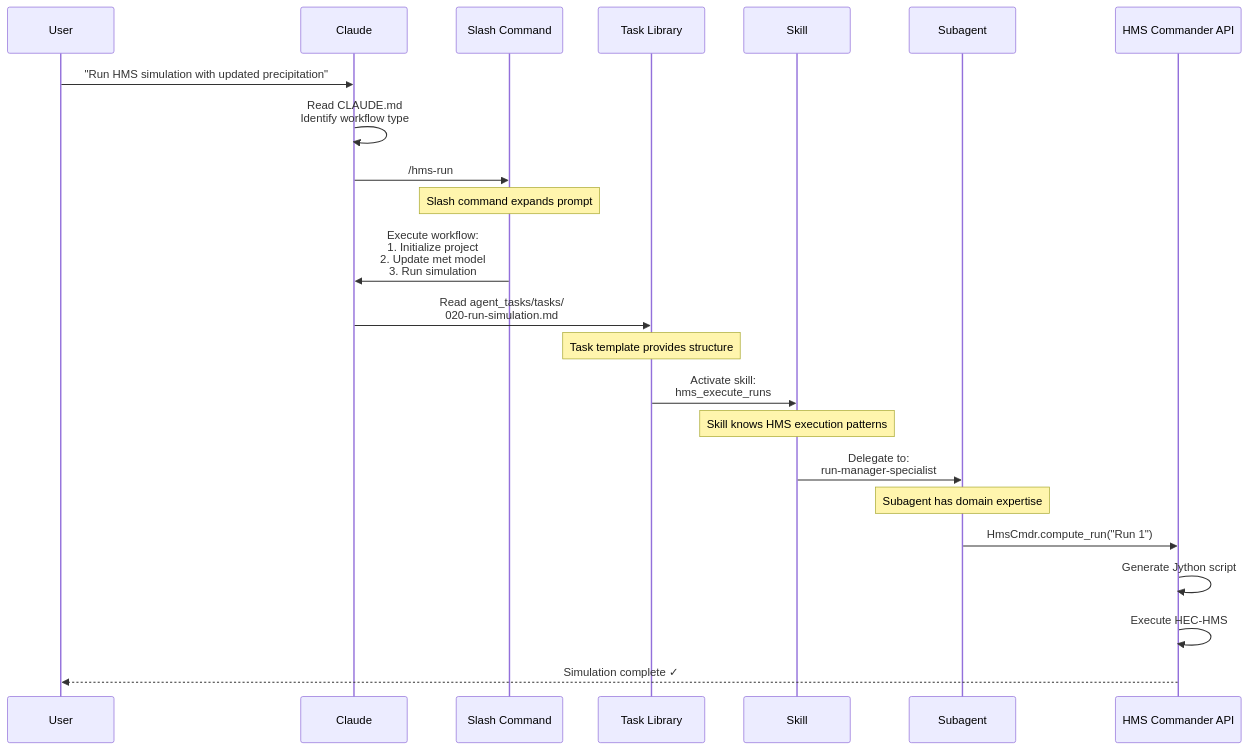
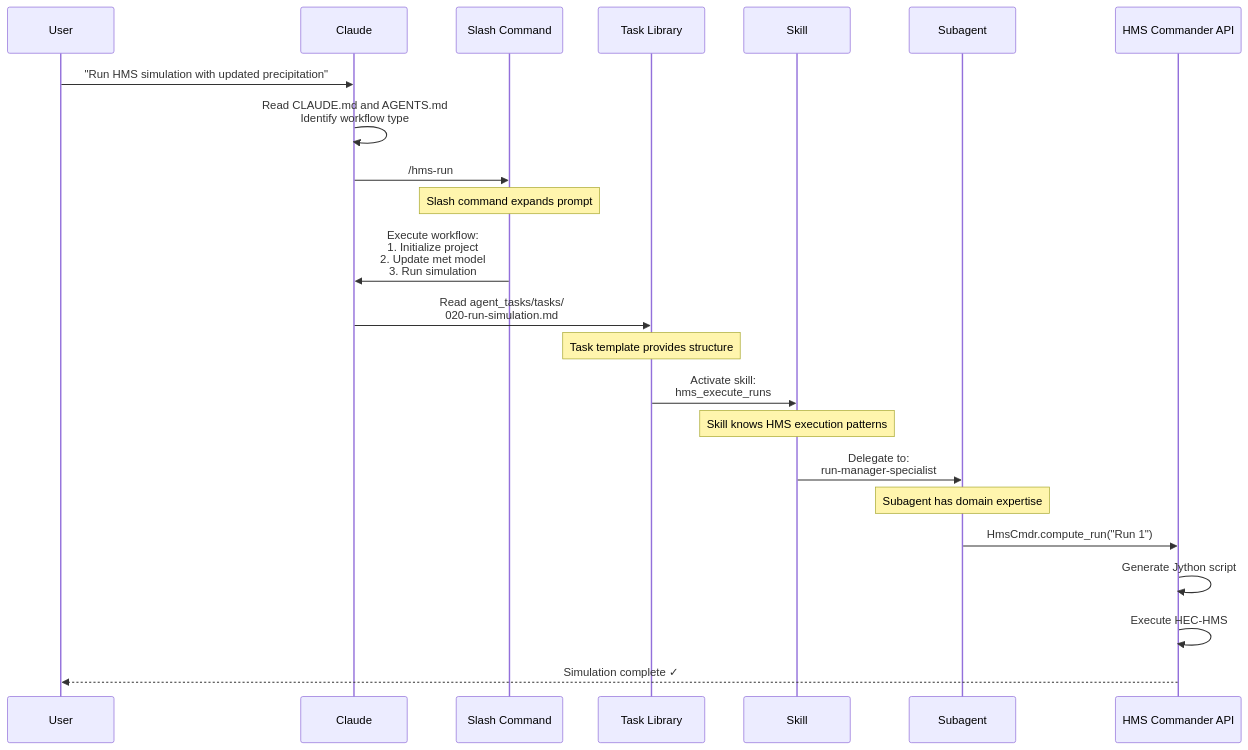
Before and after one commit to gpt-cmdr/hms-commander: the third of 6 diagrams in docs/llm_dev/cognitive_architecture.md, drawn with Mermaid. The commit also changed other lines of this file and 51 other files, not shown here.

````diff
--- a/docs/llm_dev/cognitive_architecture.md
+++ b/docs/llm_dev/cognitive_architecture.md
@@ -108,33 +96,33 @@
 ```mermaid
 sequenceDiagram
     participant User
     participant Claude
     participant Command as Slash Command
     participant Task as Task Library
     participant Skill
     participant Subagent
     participant Code as HMS Commander API
 
     User->>Claude: "Run HMS simulation with updated precipitation"
 
-    Claude->>Claude: Read CLAUDE.md<br/>Identify workflow type
+    Claude->>Claude: Read CLAUDE.md and AGENTS.md<br/>Identify workflow type
 
     Claude->>Command: /hms-run
     Note over Command: Slash command expands prompt
 
     Command->>Claude: Execute workflow:<br/>1. Initialize project<br/>2. Update met model<br/>3. Run simulation
 
     Claude->>Task: Read agent_tasks/tasks/<br/>020-run-simulation.md
     Note over Task: Task template provides structure
 
     Task->>Skill: Activate skill:<br/>hms_execute_runs
     Note over Skill: Skill knows HMS execution patterns
 
     Skill->>Subagent: Delegate to:<br/>run-manager-specialist
     Note over Subagent: Subagent has domain expertise
 
     Subagent->>Code: HmsCmdr.compute_run("Run 1")
     Code->>Code: Generate Jython script
     Code->>Code: Execute HEC-HMS
     Code-->>User: Simulation complete ✓
 ```
````
